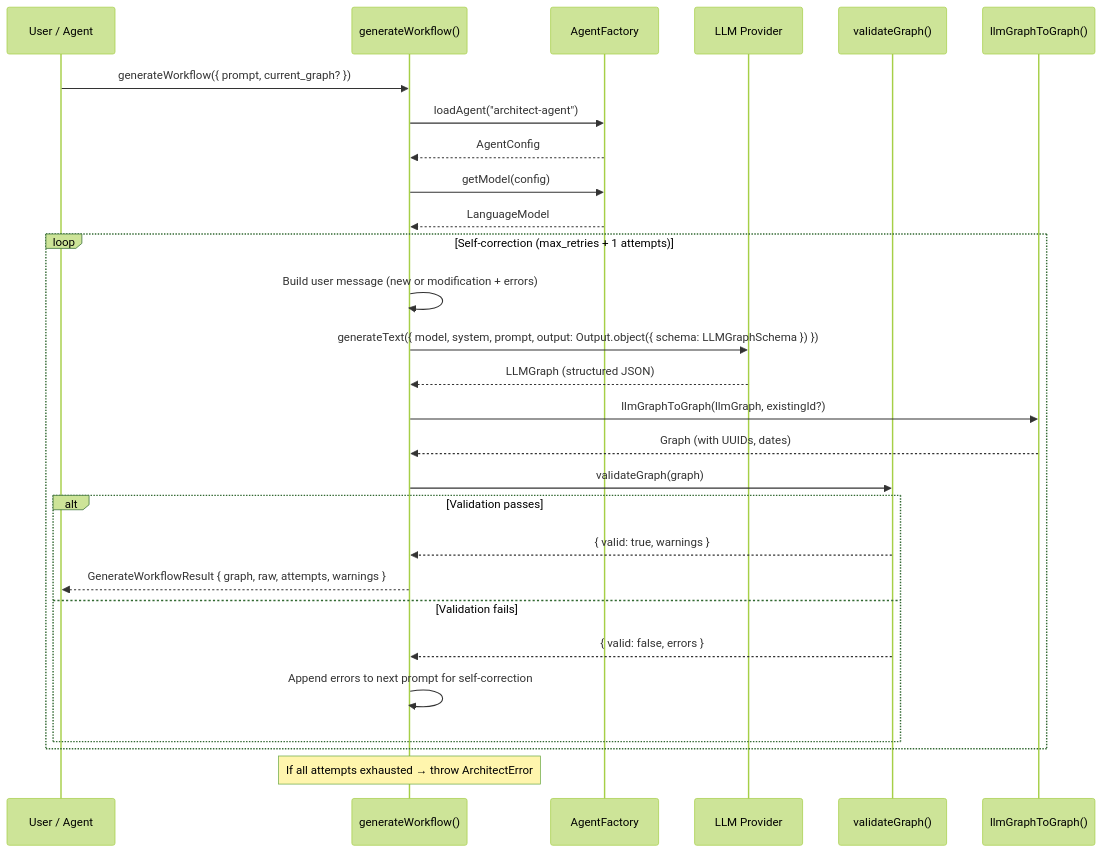
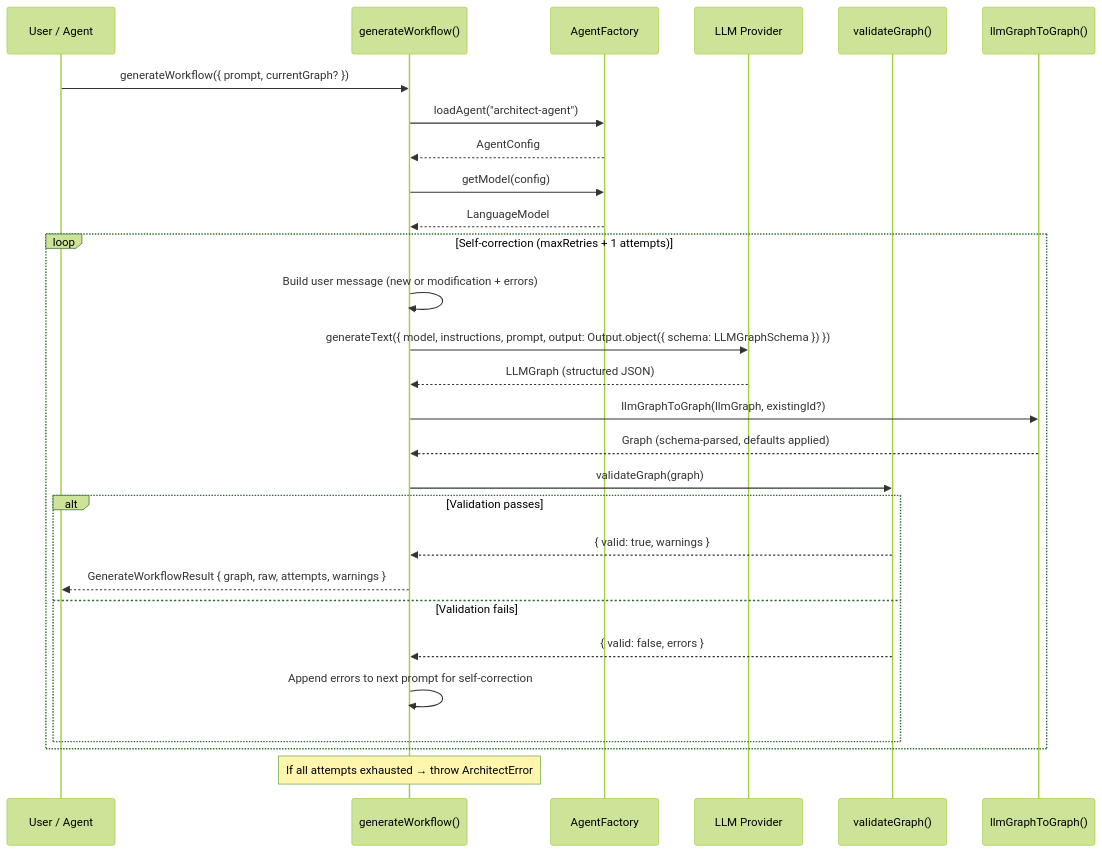
Before and after one commit to wmcmahan/cycgraph: the second of 3 diagrams in packages/orchestrator/src/architect/README.md, drawn with Mermaid (forest theme). The commit also changed other lines of this file and 37 other files, not shown here.

````diff
--- a/packages/orchestrator/src/architect/README.md
+++ b/packages/orchestrator/src/architect/README.md
@@ -95,34 +96,34 @@
 ```mermaid
 sequenceDiagram
     participant U as User / Agent
     participant GW as generateWorkflow()
     participant AF as AgentFactory
     participant LLM as LLM Provider
     participant V as validateGraph()
     participant C as llmGraphToGraph()
 
-    U->>GW: generateWorkflow({ prompt, current_graph? })
+    U->>GW: generateWorkflow({ prompt, currentGraph? })
     GW->>AF: loadAgent("architect-agent")
     AF-->>GW: AgentConfig
     GW->>AF: getModel(config)
     AF-->>GW: LanguageModel
 
-    loop Self-correction (max_retries + 1 attempts)
+    loop Self-correction (maxRetries + 1 attempts)
         GW->>GW: Build user message (new or modification + errors)
-        GW->>LLM: generateText({ model, system, prompt, output: Output.object({ schema: LLMGraphSchema }) })
+        GW->>LLM: generateText({ model, instructions, prompt, output: Output.object({ schema: LLMGraphSchema }) })
         LLM-->>GW: LLMGraph (structured JSON)
         GW->>C: llmGraphToGraph(llmGraph, existingId?)
-        C-->>GW: Graph (with UUIDs, dates)
+        C-->>GW: Graph (schema-parsed, defaults applied)
         GW->>V: validateGraph(graph)
 
         alt Validation passes
             V-->>GW: { valid: true, warnings }
             GW-->>U: GenerateWorkflowResult { graph, raw, attempts, warnings }
         else Validation fails
             V-->>GW: { valid: false, errors }
             GW->>GW: Append errors to next prompt for self-correction
         end
     end
 
     Note over GW: If all attempts exhausted → throw ArchitectError
 ```
````
